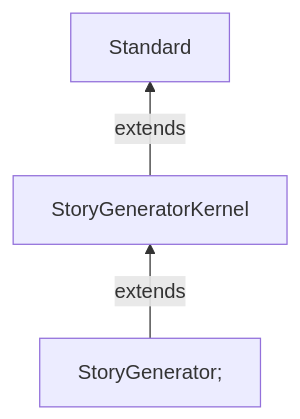
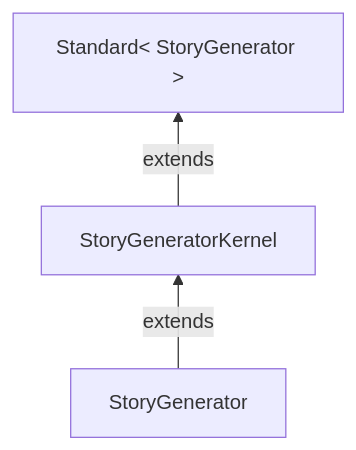
The diagram in doc/03-component-interfaces/03-component-interfaces.md (stanislas152713/portfolio-project), drawn with Mermaid before and after one commit. The commit also changed other lines of this file and 1 other file, not shown here.

Commit message:
Component Interfaces 2
Minor modification based on 1

````diff
--- a/doc/03-component-interfaces/03-component-interfaces.md
+++ b/doc/03-component-interfaces/03-component-interfaces.md
@@ -135,9 +135,9 @@
 ```mermaid
 graph BT;
-   Standard[Standard<StoryGenerator>];
+   Standard[Standard< StoryGenerator >];
    Kernel[StoryGeneratorKernel];
-   Enhanced[StoryGenerator;]
+   Enhanced[StoryGenerator];
 
    Enhanced -->|extends| Kernel;
    Kernel -->|extends| Standard;
 ```
````
